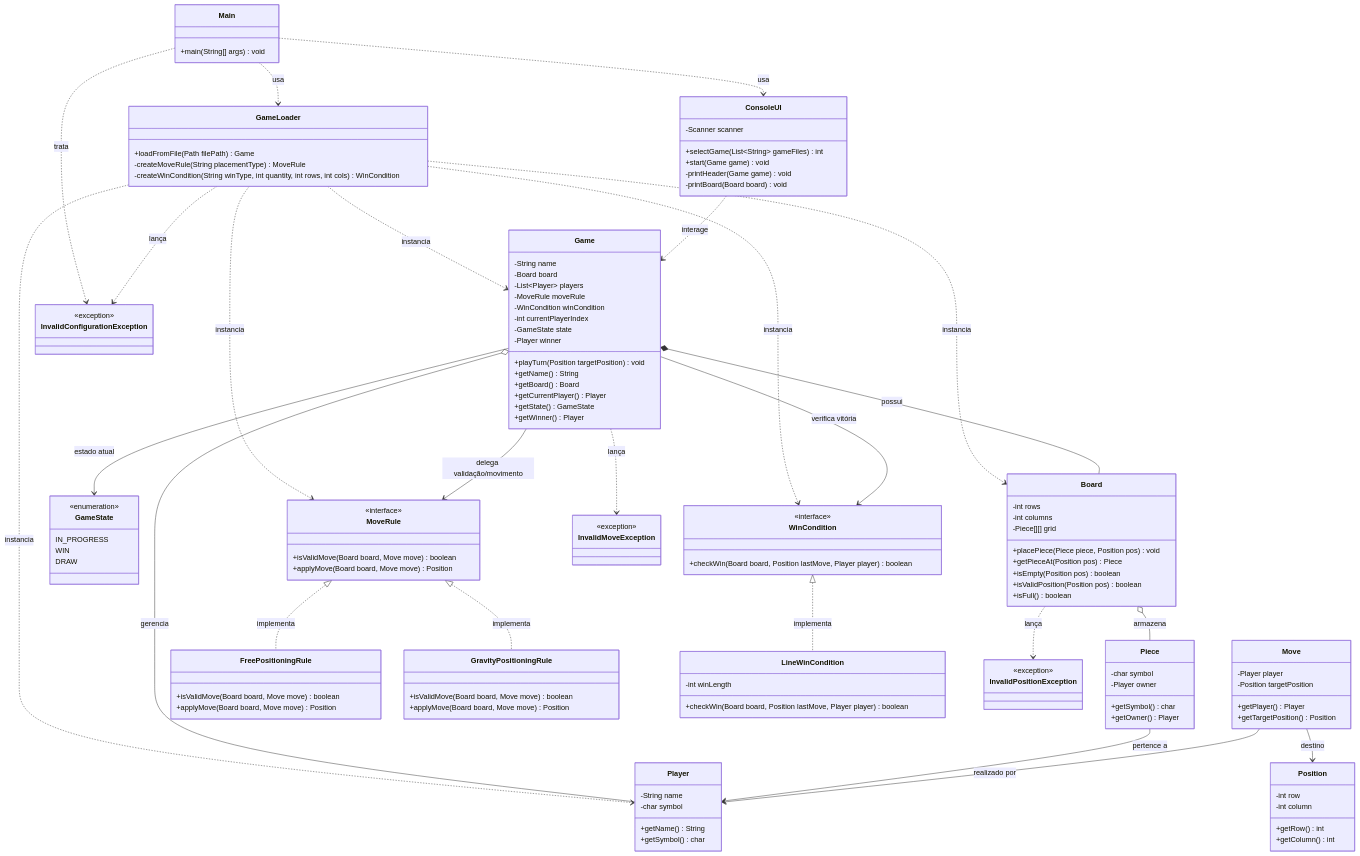
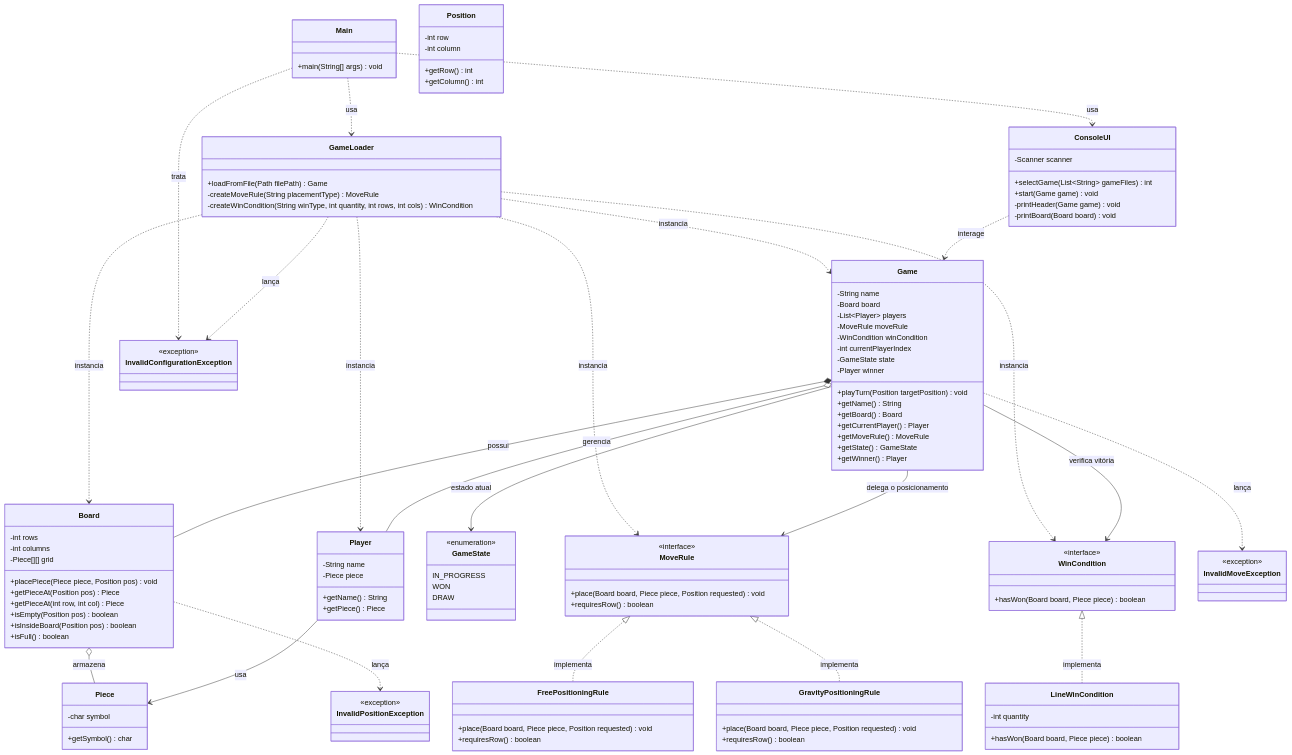
Before and after one commit to souza-arthur736/board-game-engine-gga: the diagram in README.md, drawn with Mermaid. The commit also changed other lines of this file, not shown here.

```diff
--- a/README.md
+++ b/README.md
@@ -138,6 +137,7 @@
         +getName() String
         +getBoard() Board
         +getCurrentPlayer() Player
+        +getMoveRule() MoveRule
         +getState() GameState
         +getWinner() Player
     }
@@ -148,23 +148,22 @@
         -Piece[][] grid
         +placePiece(Piece piece, Position pos) void
         +getPieceAt(Position pos) Piece
+        +getPieceAt(int row, int col) Piece
         +isEmpty(Position pos) boolean
-        +isValidPosition(Position pos) boolean
+        +isInsideBoard(Position pos) boolean
         +isFull() boolean
     }
 
     class Player {
         -String name
-        -char symbol
+        -Piece piece
         +getName() String
-        +getSymbol() char
+        +getPiece() Piece
     }
 
     class Piece {
         -char symbol
-        -Player owner
         +getSymbol() char
-        +getOwner() Player
     }
 
     class Position {
@@ -174,44 +173,37 @@
         +getColumn() int
     }
 
-    class Move {
-        -Player player
-        -Position targetPosition
-        +getPlayer() Player
-        +getTargetPosition() Position
-    }
-
     class GameState {
         <<enumeration>>
         IN_PROGRESS
-        WIN
+        WON
         DRAW
     }
 
     class MoveRule {
         <<interface>>
-        +isValidMove(Board board, Move move) boolean
-        +applyMove(Board board, Move move) Position
+        +place(Board board, Piece piece, Position requested) void
+        +requiresRow() boolean
     }
 
     class FreePositioningRule {
-        +isValidMove(Board board, Move move) boolean
-        +applyMove(Board board, Move move) Position
+        +place(Board board, Piece piece, Position requested) void
+        +requiresRow() boolean
     }
 
     class GravityPositioningRule {
-        +isValidMove(Board board, Move move) boolean
-        +applyMove(Board board, Move move) Position
+        +place(Board board, Piece piece, Position requested) void
+        +requiresRow() boolean
     }
 
     class WinCondition {
         <<interface>>
-        +checkWin(Board board, Position lastMove, Player player) boolean
+        +hasWon(Board board, Piece piece) boolean
     }
 
     class LineWinCondition {
-        -int winLength
-        +checkWin(Board board, Position lastMove, Player player) boolean
+        -int quantity
+        +hasWon(Board board, Piece piece) boolean
     }
 
     class InvalidConfigurationException {
@@ -238,13 +230,11 @@
     ConsoleUI ..> Game : interage
     Game *-- Board : possui
     Game o-- Player : gerencia
-    Game --> MoveRule : delega validação/movimento
+    Game --> MoveRule : delega o posicionamento
     Game --> WinCondition : verifica vitória
     Game --> GameState : estado atual
     Board o-- Piece : armazena
-    Piece --> Player : pertence a
-    Move --> Player : realizado por
-    Move --> Position : destino
+    Player --> Piece : usa
     MoveRule <|.. FreePositioningRule : implementa
     MoveRule <|.. GravityPositioningRule : implementa
     WinCondition <|.. LineWinCondition : implementa
```
